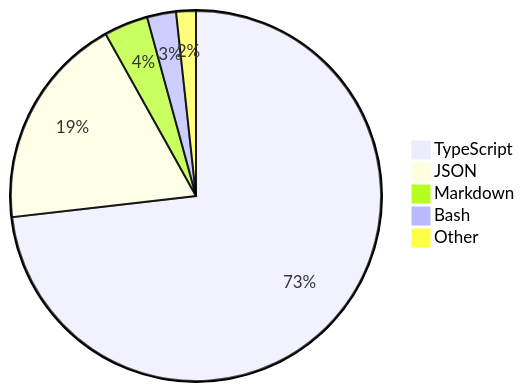
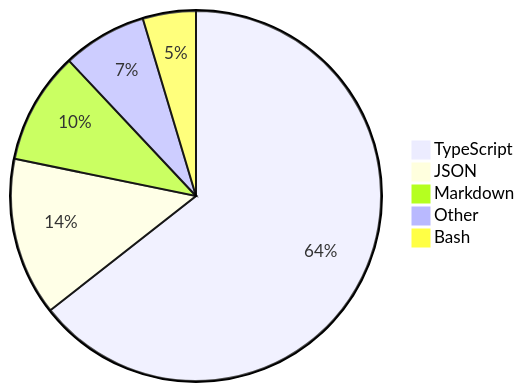
The diagram in README.md (skvggor/skvggor), drawn with Mermaid before and after one commit.

Commit message:
Updated waka-readme graph with new metrics

````diff
--- a/README.md
+++ b/README.md
@@ -28,8 +28,8 @@
 ```mermaid
 pie
-    "TypeScript" : 72.3
-    "JSON" : 18.5
-    "Markdown" : 3.8
-    "Bash" : 2.5
-    "Other" : 1.7
+    "TypeScript" : 63.9
+    "JSON" : 13.7
+    "Markdown" : 9.7
+    "Other" : 7.3
+    "Bash" : 4.6
 ```
````
